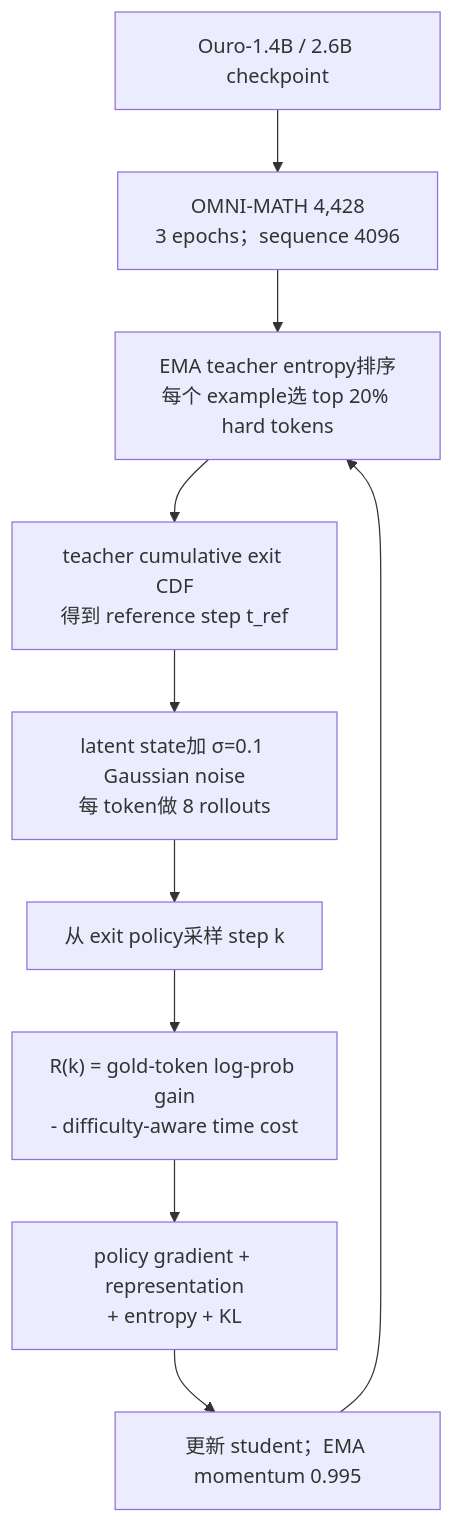
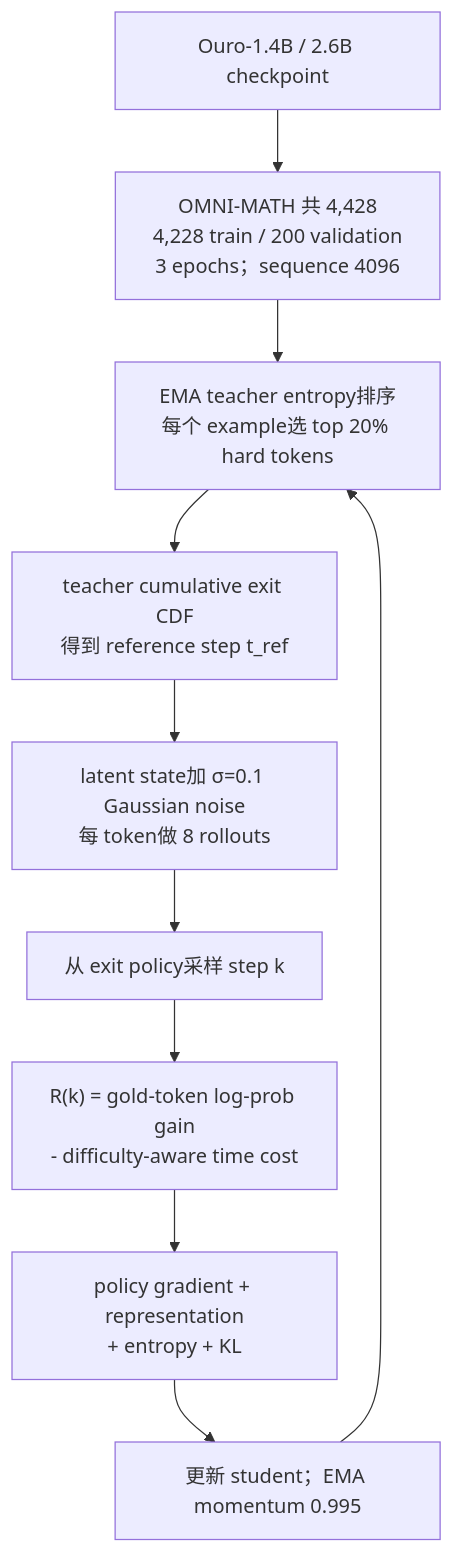
Diagram 14 of 16 in src/data/notes/looped-transformer/looped-transformer-eight-paper-survey.md (J-shang/J-shang.github.io), drawn with Mermaid before and after one commit. The commit also changed other lines of this file and 19 other files, not shown here.

Commit message:
feat: render Looped Transformer Mermaid diagrams

````diff
--- a/src/data/notes/looped-transformer/looped-transformer-eight-paper-survey.md
+++ b/src/data/notes/looped-transformer/looped-transformer-eight-paper-survey.md
@@ -767,12 +775,12 @@
 ```mermaid
 flowchart TD
-    Base["Ouro-1.4B / 2.6B checkpoint"] --> Data["OMNI-MATH 4,428<br/>3 epochs；sequence 4096"]
+    Base["Ouro-1.4B / 2.6B checkpoint"] --> Data["OMNI-MATH 共 4,428<br/>4,228 train / 200 validation<br/>3 epochs；sequence 4096"]
     Data --> Hard["EMA teacher entropy排序<br/>每个 example选 top 20% hard tokens"]
     Hard --> Ref["teacher cumulative exit CDF<br/>得到 reference step t_ref"]
     Ref --> Noise["latent state加 σ=0.1 Gaussian noise<br/>每 token做 8 rollouts"]
     Noise --> Act["从 exit policy采样 step k"]
     Act --> R["R(k) = gold-token log-prob gain<br/>- difficulty-aware time cost"]
     R --> Loss["policy gradient + representation<br/>+ entropy + KL"]
     Loss --> EMA["更新 student；EMA momentum 0.995"]
     EMA --> Hard
 ```
````
